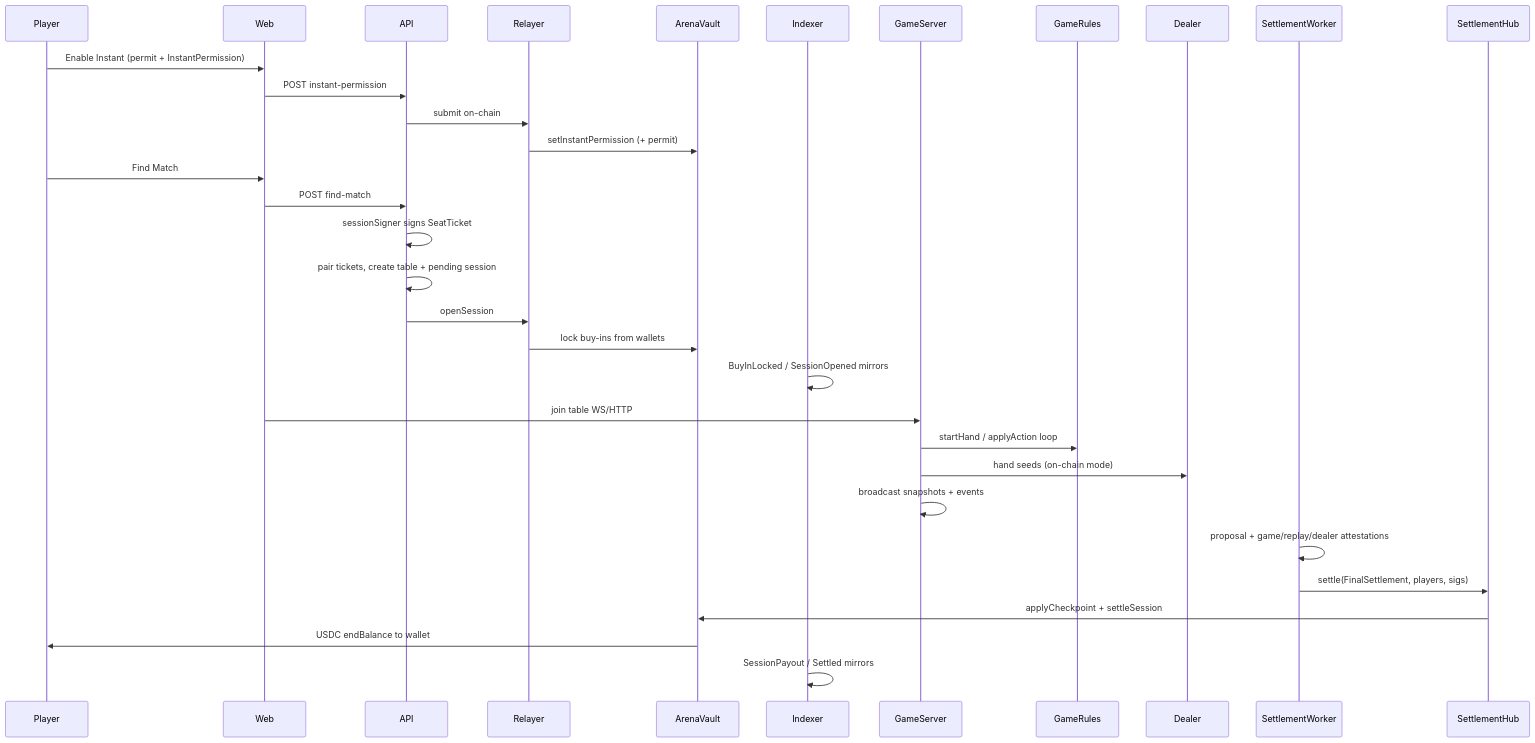
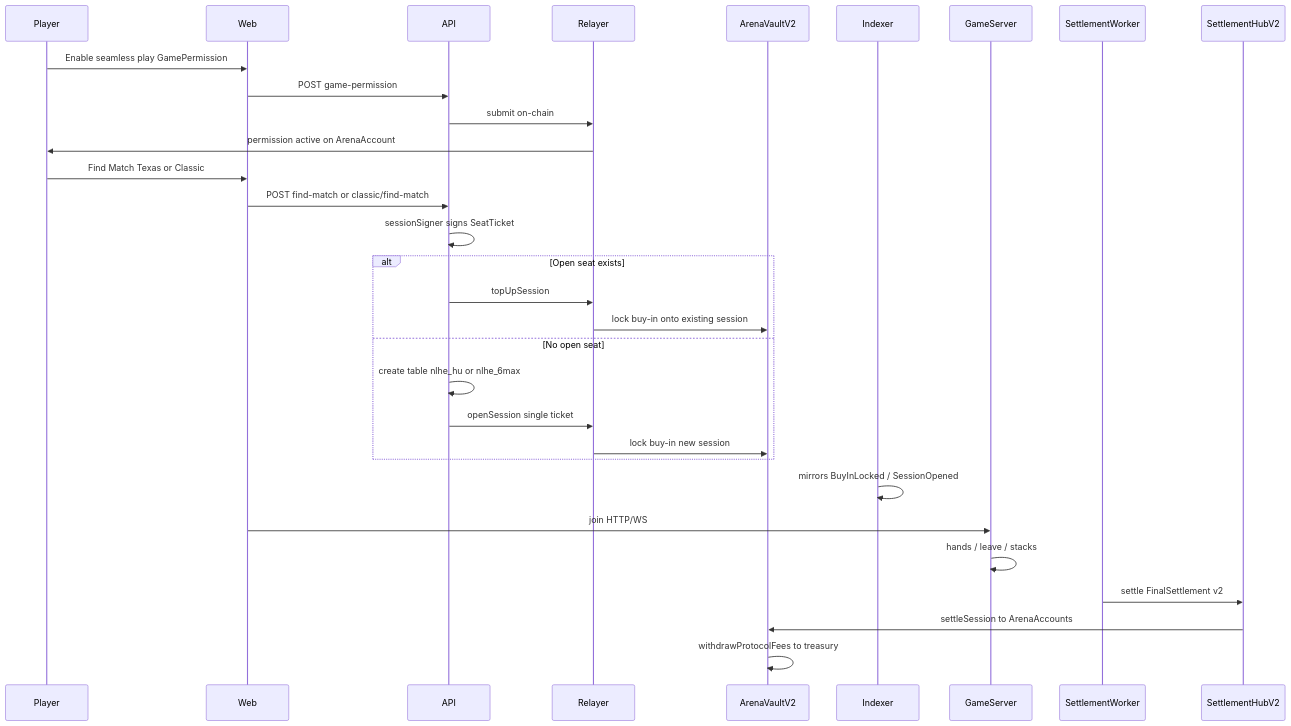
One commit to shusgarlicbread8/MozettoCasino changed the second of 2 diagrams in docs/PLATFORM_ARCHITECTURE.md. Above: the diagram before and after it, drawn with Mermaid. The commit also changed other lines of this file and 101 other files, not shown here.

````diff
--- a/docs/PLATFORM_ARCHITECTURE.md
+++ b/docs/PLATFORM_ARCHITECTURE.md
@@ -275,38 +261,35 @@
 ```mermaid
 sequenceDiagram
   participant Player
   participant Web
   participant API
   participant Relayer
-  participant Vault as ArenaVault
+  participant Vault as ArenaVaultV2
   participant Indexer
   participant Game as GameServer
-  participant Engine as GameRules
-  participant Dealer
   participant Worker as SettlementWorker
-  participant Hub as SettlementHub
+  participant Hub as SettlementHubV2
 
-  Player->>Web: Enable Instant (permit + InstantPermission)
-  Web->>API: POST instant-permission
+  Player->>Web: Enable seamless play GamePermission
+  Web->>API: POST game-permission
   API->>Relayer: submit on-chain
-  Relayer->>Vault: setInstantPermission (+ permit)
+  Relayer->>Player: permission active on ArenaAccount
 
-  Player->>Web: Find Match
-  Web->>API: POST find-match
+  Player->>Web: Find Match Texas or Classic
+  Web->>API: POST find-match or classic/find-match
   API->>API: sessionSigner signs SeatTicket
-  API->>API: pair tickets, create table + pending session
-  API->>Relayer: openSession
-  Relayer->>Vault: lock buy-ins from wallets
-  Indexer->>Indexer: BuyInLocked / SessionOpened mirrors
-
-  Web->>Game: join table WS/HTTP
-  Game->>Engine: startHand / applyAction loop
-  Game->>Dealer: hand seeds (on-chain mode)
-  Game->>Game: broadcast snapshots + events
-
-  Worker->>Worker: proposal + game/replay/dealer attestations
-  Worker->>Hub: settle(FinalSettlement, players, sigs)
-  Hub->>Vault: applyCheckpoint + settleSession
-  Vault->>Player: USDC endBalance to wallet
-  Indexer->>Indexer: SessionPayout / Settled mirrors
+  alt Open seat exists
+    API->>Relayer: topUpSession
+    Relayer->>Vault: lock buy-in onto existing session
+  else No open seat
+    API->>API: create table nlhe_hu or nlhe_6max
+    API->>Relayer: openSession single ticket
+    Relayer->>Vault: lock buy-in new session
+  end
+  Indexer->>Indexer: mirrors BuyInLocked / SessionOpened
+  Web->>Game: join HTTP/WS
+  Game->>Game: hands / leave / stacks
+  Worker->>Hub: settle FinalSettlement v2
+  Hub->>Vault: settleSession to ArenaAccounts
+  Vault->>Vault: withdrawProtocolFees to treasury
 ```
````
